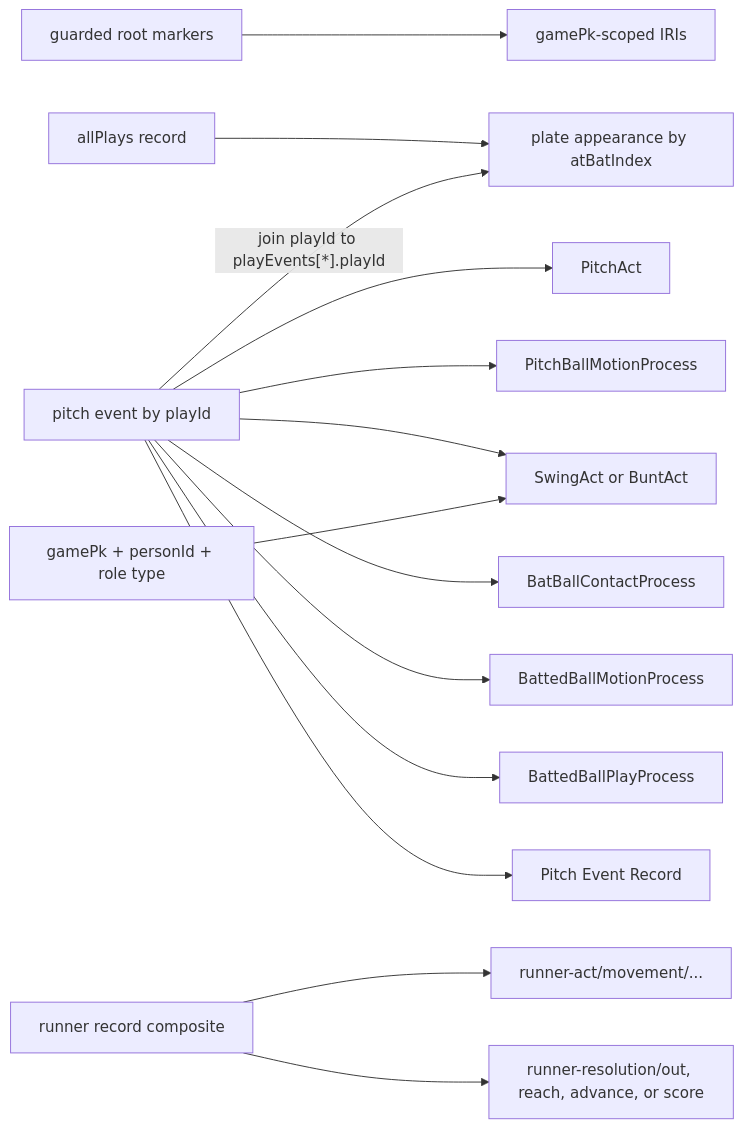
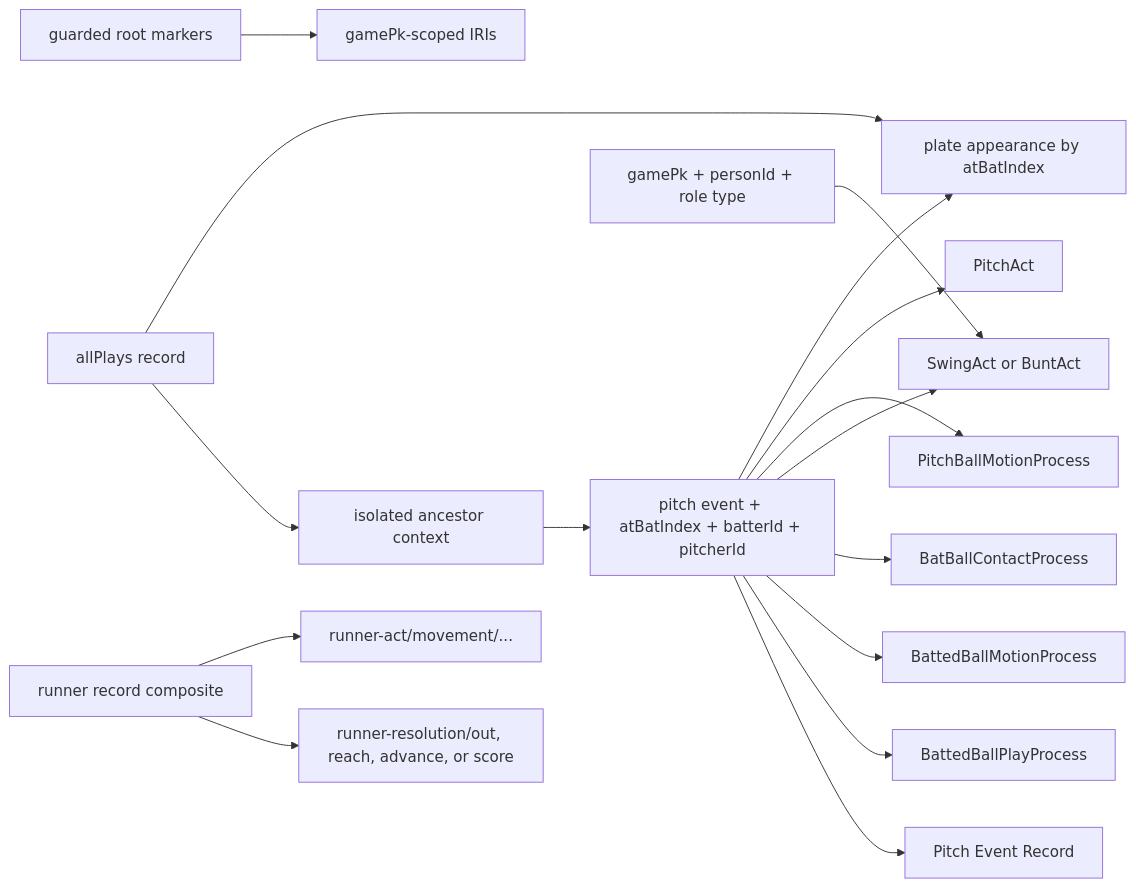
The diagram in Baseball/mermaid/04-joins-and-identities.md (CarterBeauBenson/BaseballO), drawn with Mermaid before and after one commit. The commit also changed other lines of this file and 115 other files, not shown here.

Commit message:
Fix nested RML event context

````diff
--- a/Baseball/mermaid/04-joins-and-identities.md
+++ b/Baseball/mermaid/04-joins-and-identities.md
@@ -3,16 +3,18 @@
 ```mermaid
 flowchart LR
     ROOT["guarded root markers"] --> GAME["gamePk-scoped IRIs"]
     PLAY["allPlays record"] --> PA["plate appearance by atBatIndex"]
-    EVENT["pitch event by playId"] -->|"join playId to playEvents[*].playId"| PA
+    PLAY --> CONTEXT["isolated ancestor context"]
+    CONTEXT --> EVENT["pitch event + atBatIndex + batterId + pitcherId"]
+    EVENT --> PA
     EVENT --> PITCH["PitchAct"]
     EVENT --> PM["PitchBallMotionProcess"]
     EVENT --> ACT["SwingAct or BuntAct"]
     EVENT --> CONTACT["BatBallContactProcess"]
     EVENT --> MOTION["BattedBallMotionProcess"]
     EVENT --> PLAYPROC["BattedBallPlayProcess"]
     EVENT --> RECORD["Pitch Event Record"]
     RUNNER["runner record composite"] --> RUNACT["runner-act/movement/..."]
     RUNNER --> RESOLUTION["runner-resolution/out, reach, advance, or score"]
     ROLE["gamePk + personId + role type"] --> ACT
 ```
````
